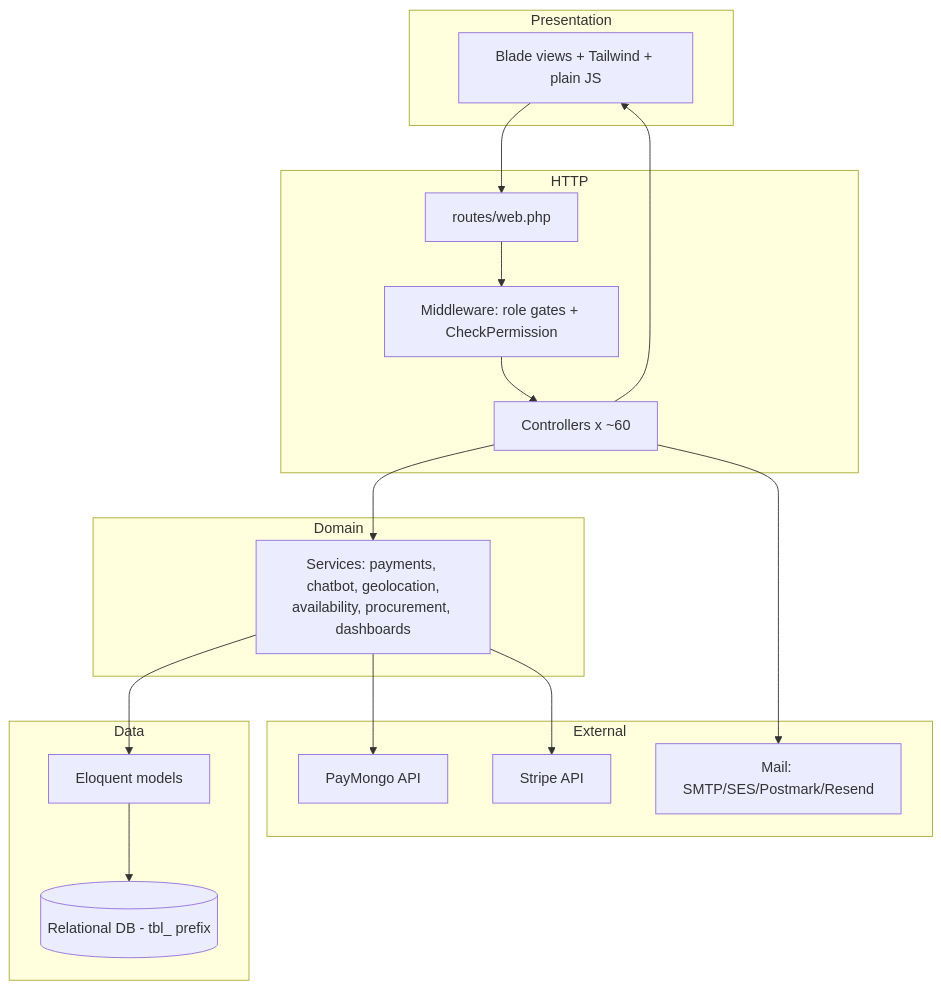
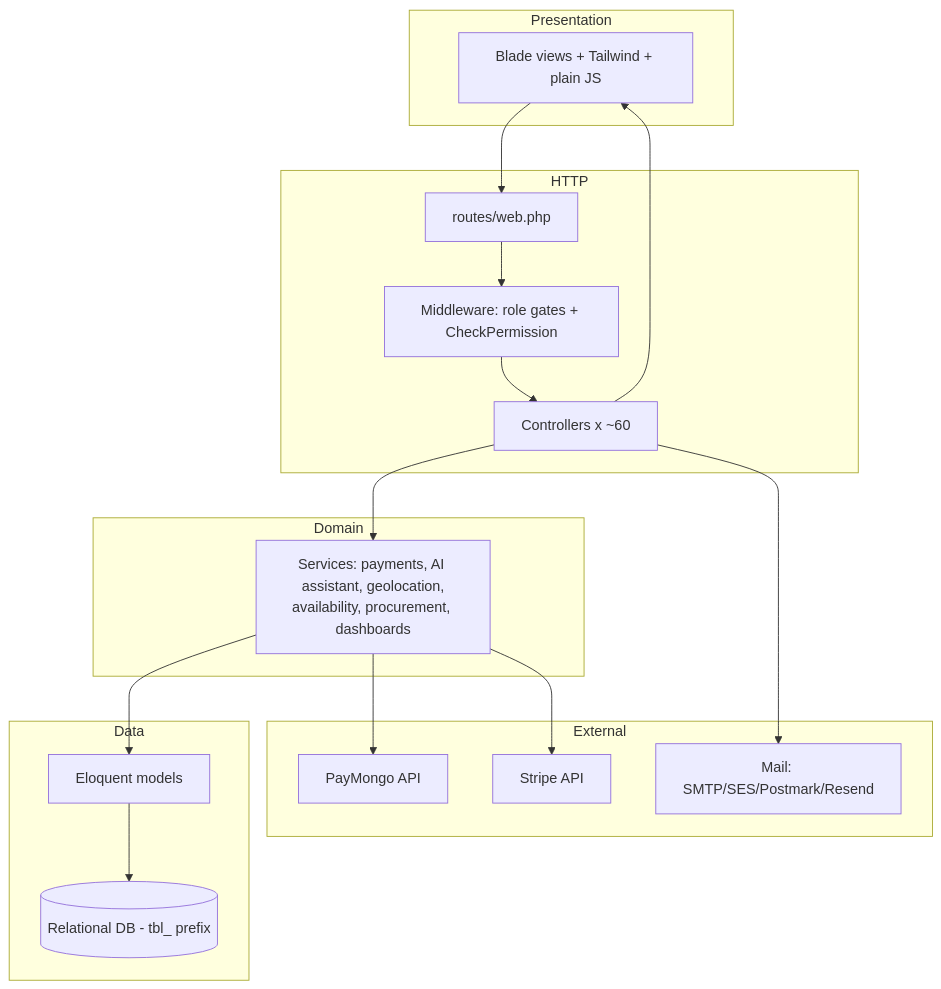
One commit to ChocooChocoo/project-photography changed the third of 13 diagrams in docs/01-ANALYSIS/TECHNICAL ANALYSIS.md. Above: the diagram before and after it, drawn with Mermaid. The commit also changed other lines of this file and 11 other files, not shown here.

````diff
--- a/docs/01-ANALYSIS/TECHNICAL ANALYSIS.md
+++ b/docs/01-ANALYSIS/TECHNICAL ANALYSIS.md
@@ -194,29 +195,29 @@
 ```mermaid
 flowchart TB
     subgraph Presentation
         V[Blade views + Tailwind + plain JS]
     end
     subgraph HTTP
         RT[routes/web.php]
         MW[Middleware: role gates + CheckPermission]
         CTL[Controllers x ~60]
     end
     subgraph Domain
-        SVC[Services: payments, chatbot, geolocation,<br/>availability, procurement, dashboards]
+        SVC[Services: payments, AI assistant, geolocation,<br/>availability, procurement, dashboards]
     end
     subgraph Data
         MOD[Eloquent models]
         DB[(Relational DB - tbl_ prefix)]
     end
     subgraph External
         PM[PayMongo API]
         ST[Stripe API]
         MAIL[Mail: SMTP/SES/Postmark/Resend]
     end
     V --> RT --> MW --> CTL
     CTL --> SVC --> MOD --> DB
     SVC --> PM
     SVC --> ST
     CTL --> MAIL
     CTL --> V
 ```
````
